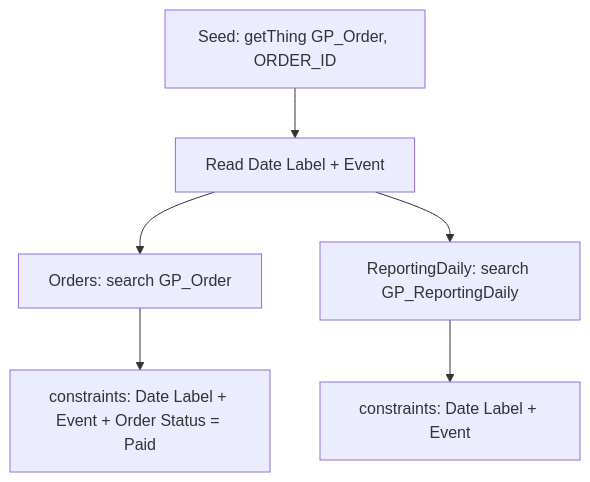
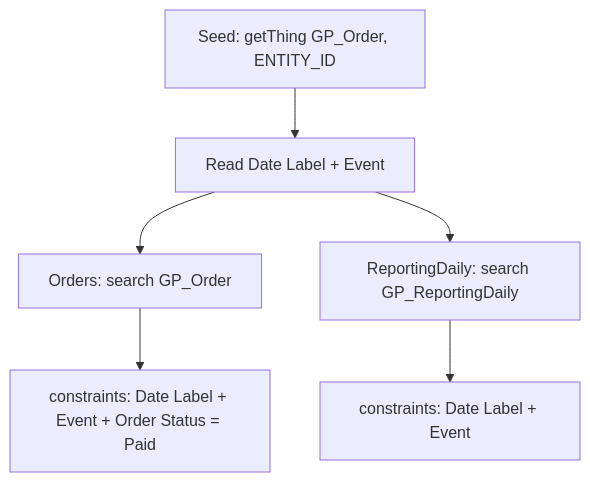
The fifth of 8 diagrams in LOGIC.md (nicktheuser123/arkhitect), drawn with Mermaid before and after one commit. The commit also changed other lines of this file and 15 other files, not shown here.

````diff
--- a/LOGIC.md
+++ b/LOGIC.md
@@ -87,8 +87,8 @@
 ```mermaid
 flowchart TD
-    A[Seed: getThing GP_Order, ORDER_ID] --> B[Read Date Label + Event]
+    A[Seed: getThing GP_Order, ENTITY_ID] --> B[Read Date Label + Event]
     B --> C[Orders: search GP_Order]
     B --> D[ReportingDaily: search GP_ReportingDaily]
     C --> E[constraints: Date Label + Event + Order Status = Paid]
     D --> F[constraints: Date Label + Event]
 ```
````
